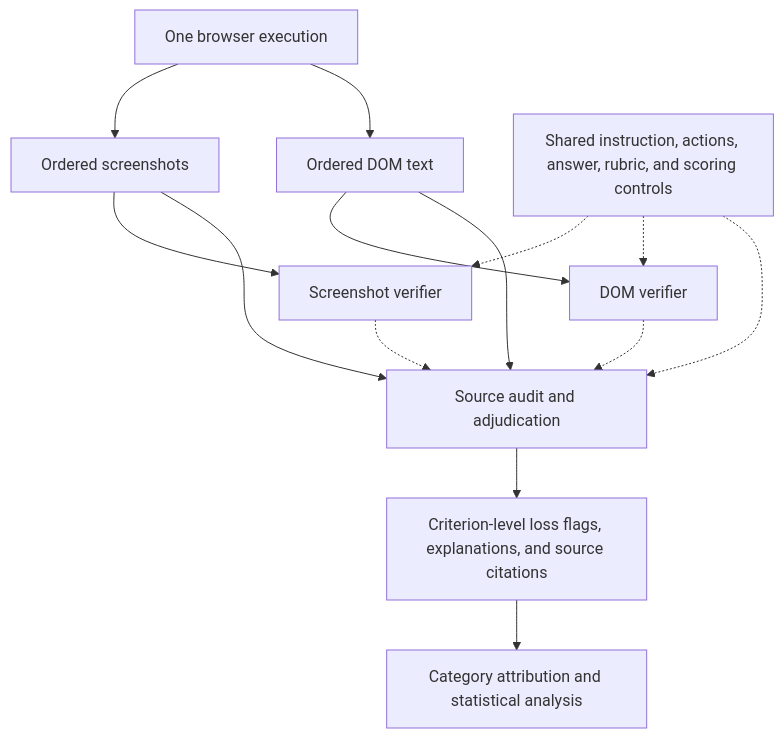
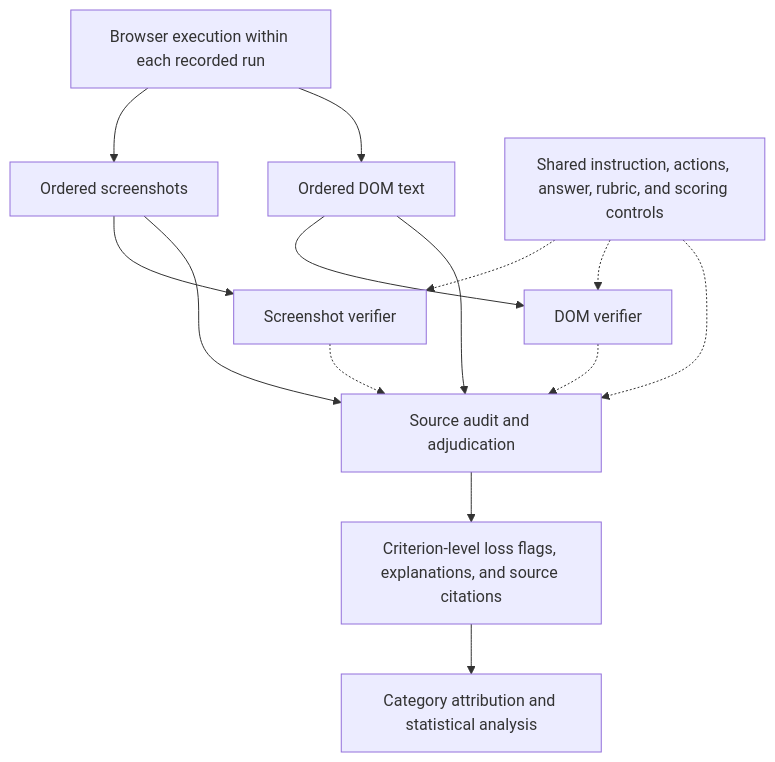
Before and after one commit to wootzapp/w8-domdiff-bench: the diagram in README.md, drawn with Mermaid. The commit also changed other lines of this file, not shown here.

Commit message:
Align benchmark paper with recorded-run analysis

````diff
--- a/README.md
+++ b/README.md
@@ -103,16 +103,16 @@
 ```mermaid
 flowchart TD
-    T["One browser execution"] --> S["Ordered screenshots"]
+    T["Browser execution within each recorded run"] --> S["Ordered screenshots"]
     T --> D["Ordered DOM text"]
     S --> SV["Screenshot verifier"]
     D --> DV["DOM verifier"]
     H["Shared instruction, actions, answer, rubric, and scoring controls"] -.-> SV
     H -.-> DV
     H -.-> A["Source audit and adjudication"]
     S --> A
     D --> A
     SV -.-> A
     DV -.-> A
     A --> F["Criterion-level loss flags, explanations, and source citations"]
     F --> C["Category attribution and statistical analysis"]
 ```
````
